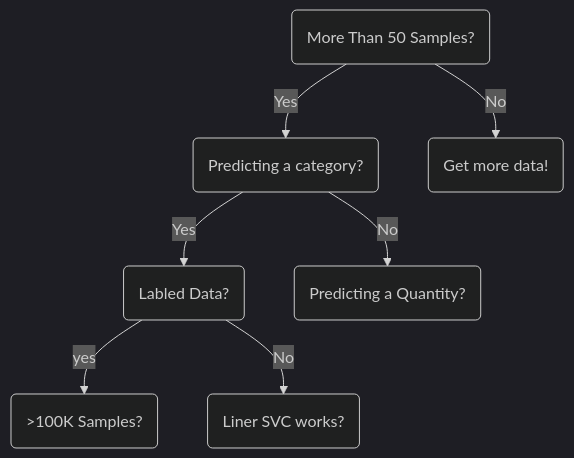
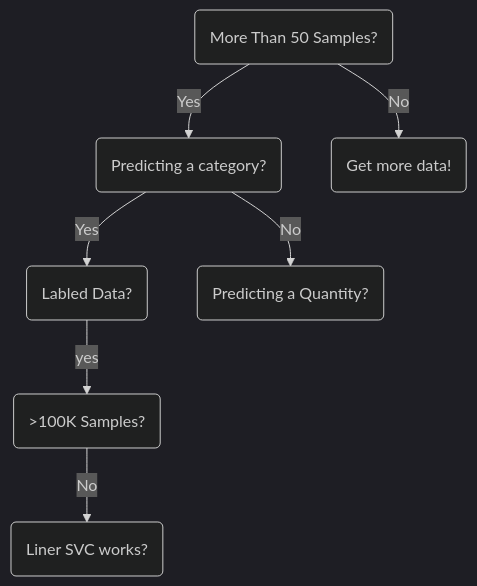
One commit to hwetsman/Public_Notes changed the diagram in ML_Cheatsheet.md. Above: the diagram before and after it, drawn with Mermaid (dark theme).

````diff
--- a/ML_Cheatsheet.md
+++ b/ML_Cheatsheet.md
@@ -1,20 +1,20 @@
 ```mermaid
 flowchart TD
 id1(More Than 50 Samples?)
   id2(Predicting a category?)
     id1-->|Yes|id2
     id4(Labled Data?)
       id2-->|Yes|id4
       id6(>100K Samples?)
         id4-->|yes|id6
         id7(Liner SVC works?)
-        id4-->|No|id7
+        id6-->|No|id7
     id5(Predicting a Quantity?)
       id2-->|No|id5
 
 
   id3(Get more data!)
     id1-->|No|id3
   
   
 ```
````
